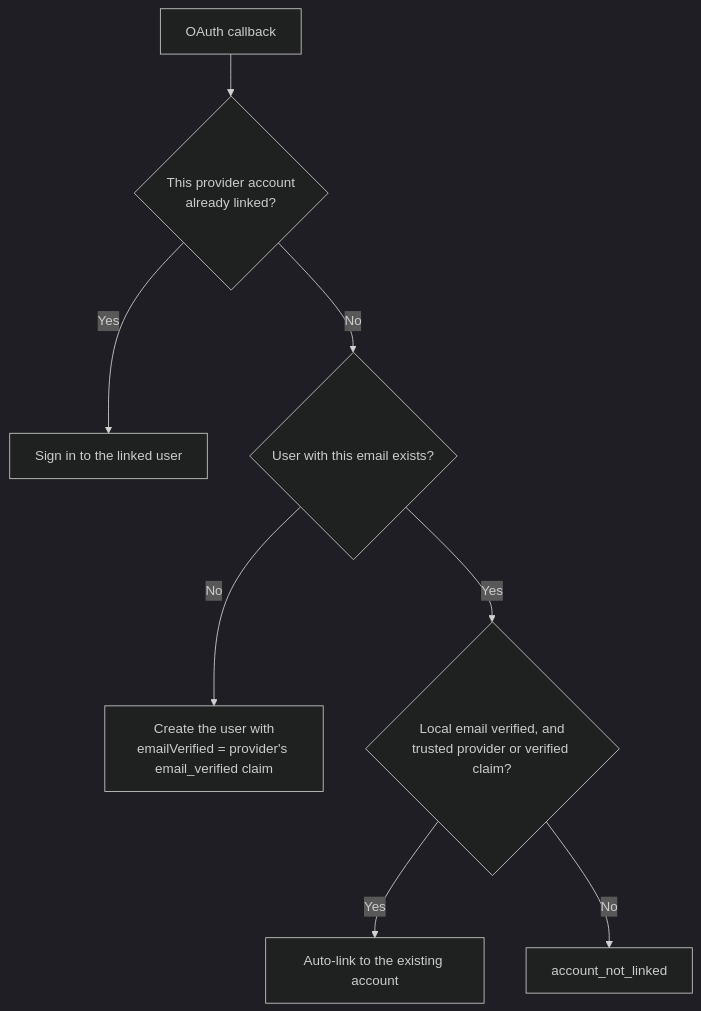
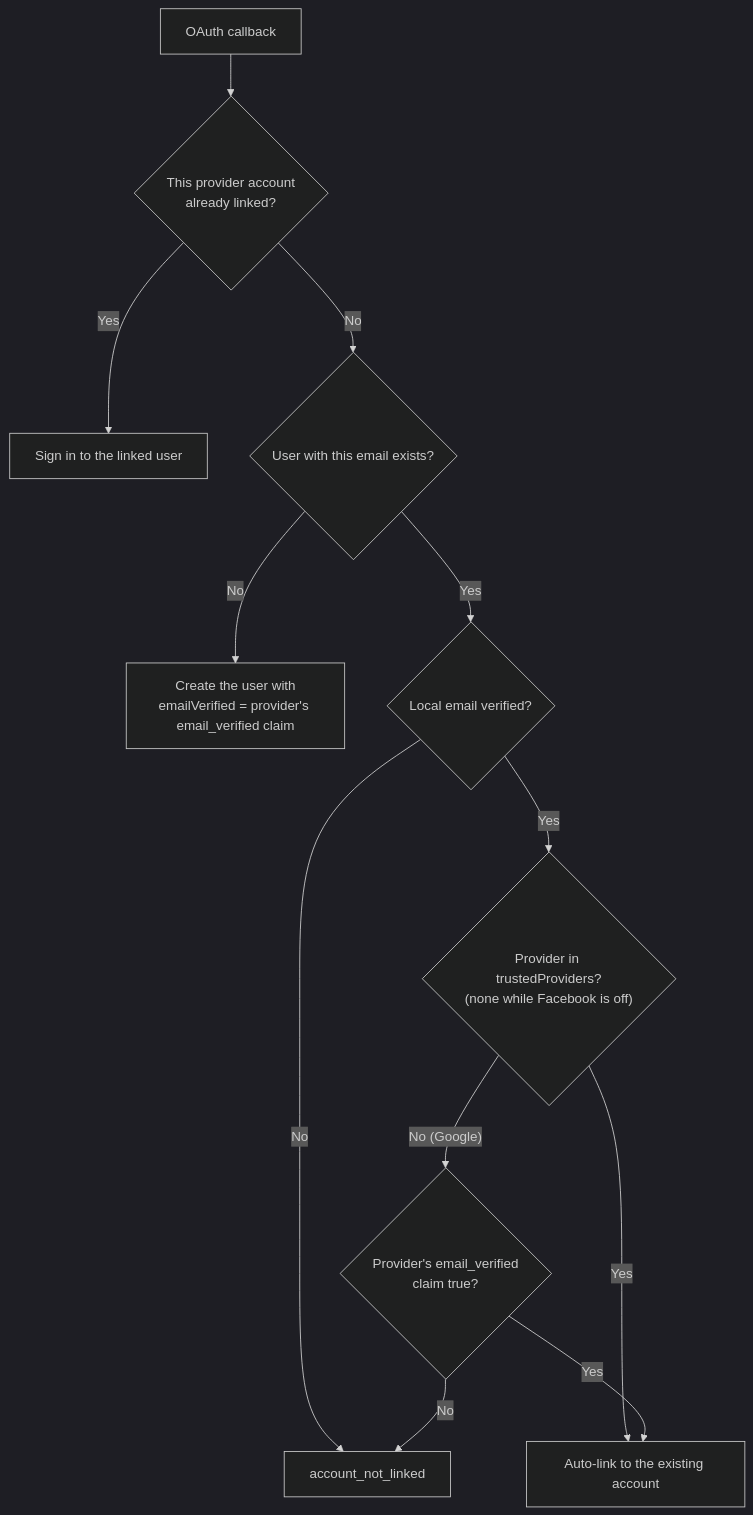
One commit to OffCrazyFreak/Disscount changed the fourth of 4 diagrams in docs/AUTH.md. Above: the diagram before and after it, drawn with Mermaid (dark theme). The commit also changed other lines of this file, not shown here.

Commit message:
docs(auth): Describe Google as an untrusted linking provider
Changes:
- Split the account linking flowchart gate into local verified, trusted provider and email_verified claim steps
- Explain why Google is not in trustedProviders and how that affects linking from the Security tab

The linking section still described Google as trusted after the config stopped trusting it.

Part of #43 (Facebook account linking re-audit)

````diff
--- a/docs/AUTH.md
+++ b/docs/AUTH.md
@@ -104,10 +104,14 @@
 ```mermaid
 flowchart TD
     Callback["OAuth callback"] --> Linked{"This provider account<br/>already linked?"}
     Linked -->|"Yes"| SignIn["Sign in to the linked user"]
     Linked -->|"No"| Exists{"User with this email exists?"}
     Exists -->|"No"| Create["Create the user with<br/>emailVerified = provider's email_verified claim"]
-    Exists -->|"Yes"| Gate{"Local email verified, and<br/>trusted provider or verified claim?"}
-    Gate -->|"Yes"| Link["Auto-link to the existing account"]
-    Gate -->|"No"| Refuse["account_not_linked"]
+    Exists -->|"Yes"| Local{"Local email verified?"}
+    Local -->|"No"| Refuse["account_not_linked"]
+    Local -->|"Yes"| Trusted{"Provider in trustedProviders?<br/>(none while Facebook is off)"}
+    Trusted -->|"Yes"| Link["Auto-link to the existing account"]
+    Trusted -->|"No (Google)"| Claim{"Provider's email_verified<br/>claim true?"}
+    Claim -->|"Yes"| Link
+    Claim -->|"No"| Refuse
 ```
````
